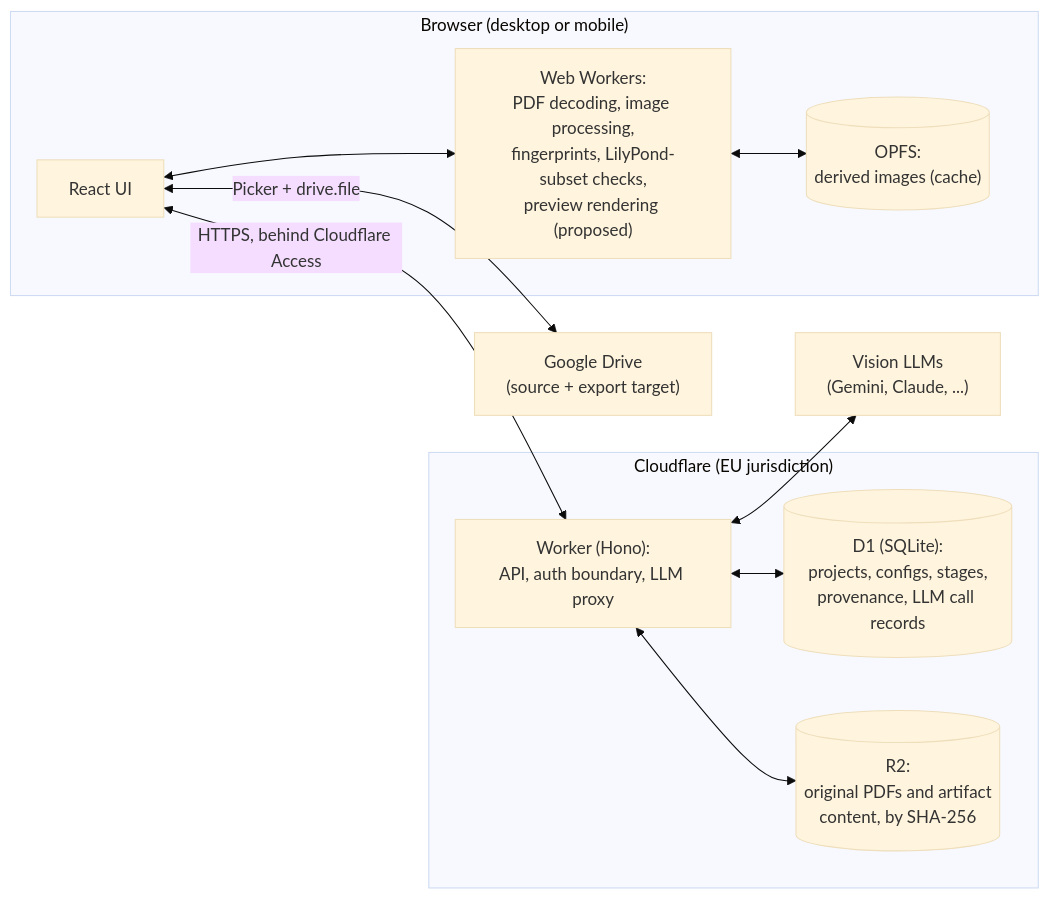
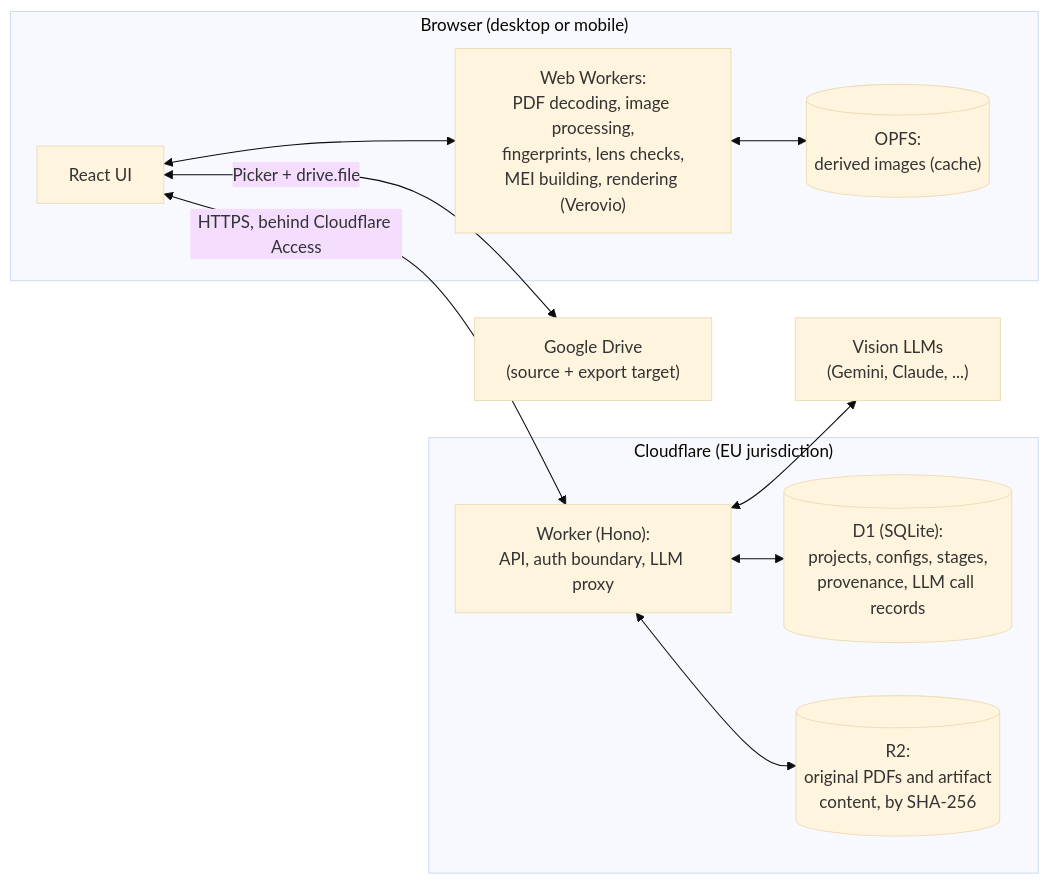
Before and after one commit to tomasssalles/score3ly: the diagram in DESIGN.md, drawn with Mermaid (base theme). The commit also changed other lines of this file, not shown here.

First line of the commit message:
Design: clean up references to the old pipeline and LilyPond output

````diff
--- a/DESIGN.md
+++ b/DESIGN.md
@@ -76,25 +76,25 @@
 ```mermaid
 flowchart LR
   subgraph Device["Browser (desktop or mobile)"]
     UI[React UI]
-    WW["Web Workers:<br/>PDF decoding, image processing,<br/>fingerprints, LilyPond-subset checks,<br/>preview rendering (proposed)"]
+    WW["Web Workers:<br/>PDF decoding, image processing,<br/>fingerprints, lens checks,<br/>MEI building, rendering (Verovio)"]
     OPFS[("OPFS:<br/>derived images (cache)")]
     UI <--> WW
     WW <--> OPFS
   end
 
   subgraph CF["Cloudflare (EU jurisdiction)"]
     W["Worker (Hono):<br/>API, auth boundary, LLM proxy"]
     D1[("D1 (SQLite):<br/>projects, configs, stages,<br/>provenance, LLM call records")]
     R2[("R2:<br/>original PDFs and artifact<br/>content, by SHA-256")]
     W <--> D1
     W <--> R2
   end
 
   Drive["Google Drive<br/>(source + export target)"]
   LLM["Vision LLMs<br/>(Gemini, Claude, ...)"]
 
   UI <-->|HTTPS, behind Cloudflare Access| W
   UI <-->|Picker + drive.file| Drive
   W <--> LLM
 ```
````
